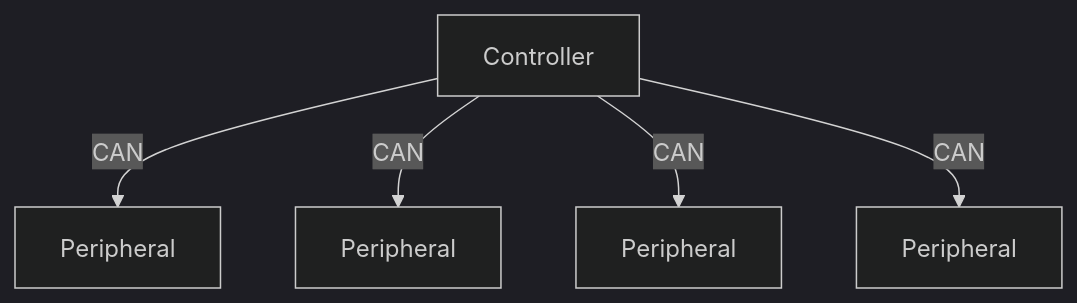
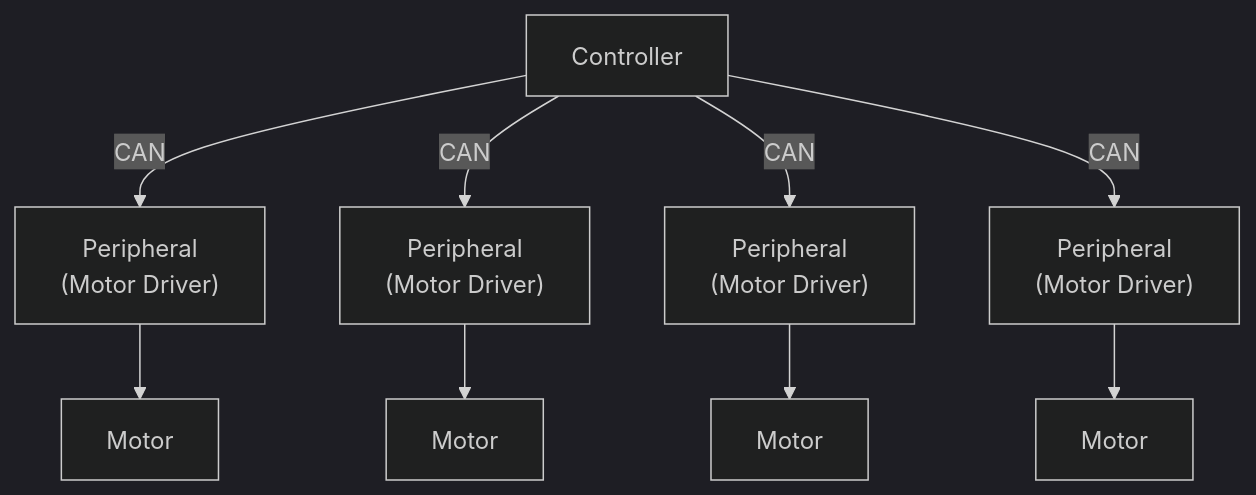
One commit to yutotnh/spirit changed the diagram in README.md. Above: the diagram before and after it, drawn with Mermaid (dark theme).

Commit message:
update: READMEのイメージ図を更新した (#101)

````diff
--- a/README.md
+++ b/README.md
@@ -20,7 +20,8 @@
 ```mermaid
 flowchart TB
-    A[Controller] -- CAN --> B[Peripheral]
-    A -- CAN --> C[Peripheral]
-    A -- CAN --> D[Peripheral]
-    A -- CAN --> E[Peripheral]
+    A[Controller]
+    A -- CAN --> B["Peripheral\n(Motor Driver)"] --> B2[Motor]
+    A -- CAN --> C["Peripheral\n(Motor Driver)"] --> C2[Motor]
+    A -- CAN --> D["Peripheral\n(Motor Driver)"] --> D2[Motor]
+    A -- CAN --> E["Peripheral\n(Motor Driver)"] --> E2[Motor]
 ```
````
